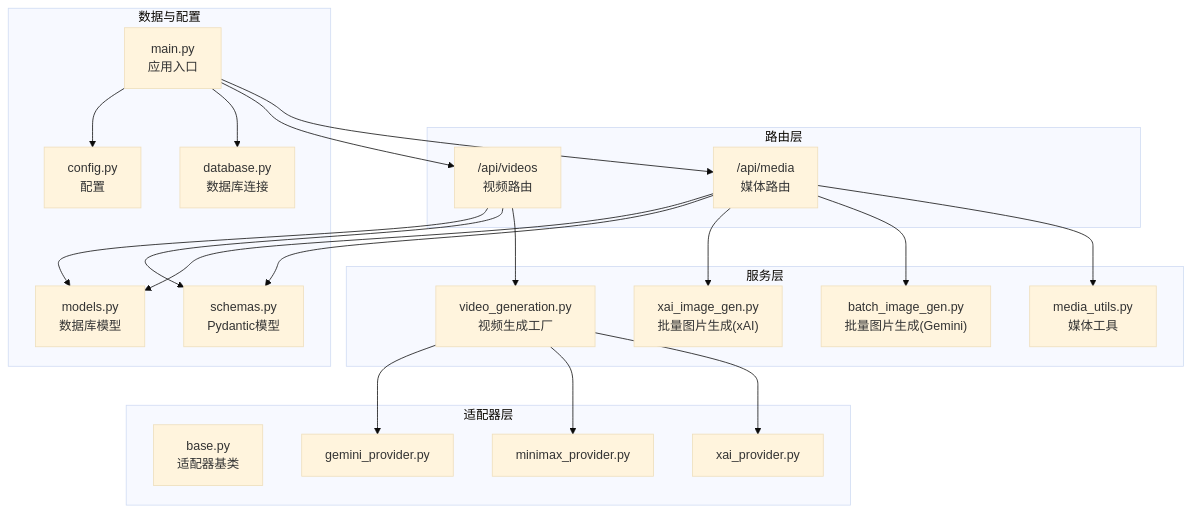
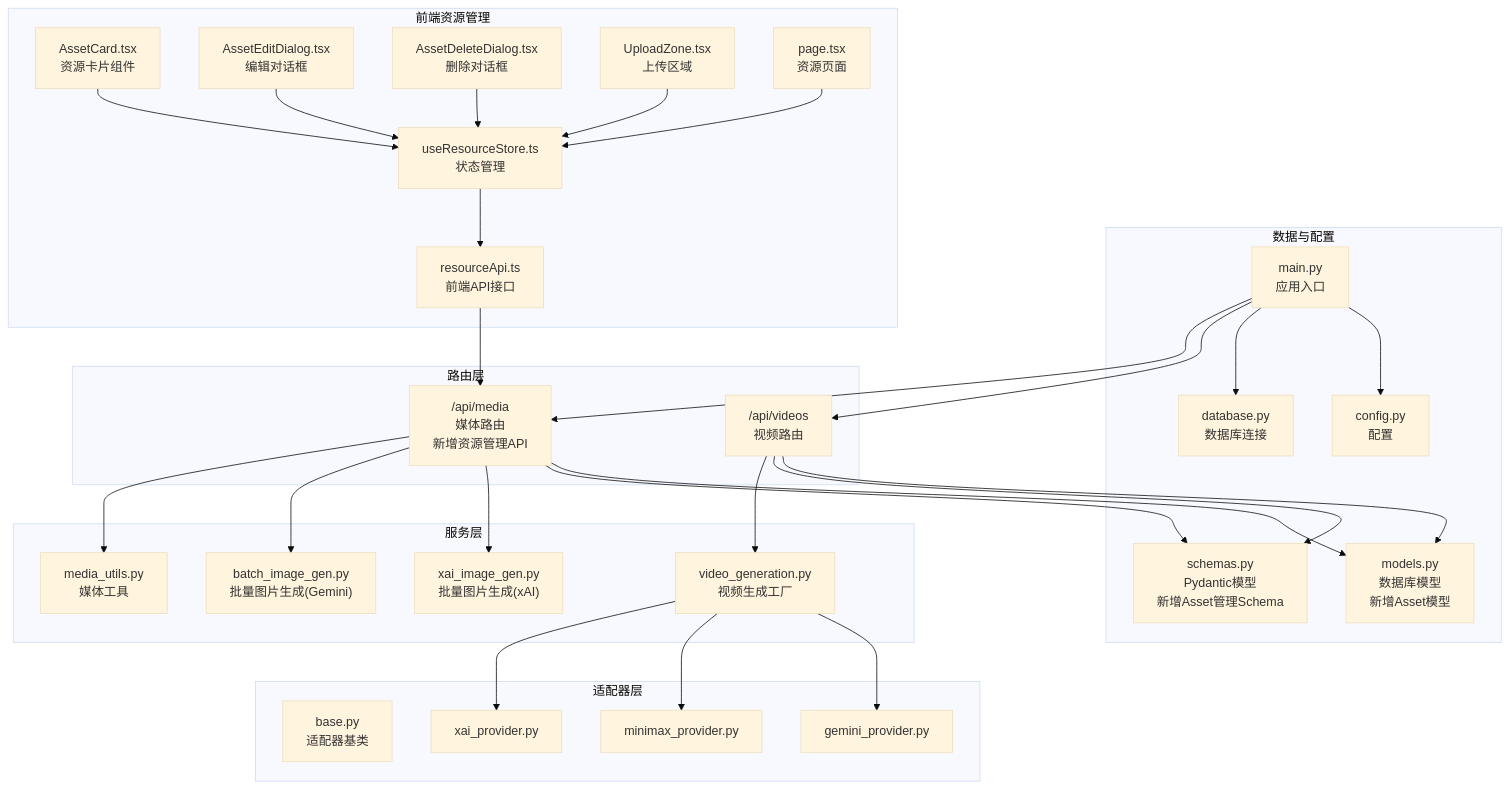
The first of 7 diagrams in .qoder/repowiki/zh/content/后端服务架构/API路由层/媒体处理路由.md (KunLabAI/KunFlix), drawn with Mermaid (base theme) before and after one commit. The commit also changed other lines of this file and 20 other files, not shown here.

````diff
--- a/.qoder/repowiki/zh/content/后端服务架构/API路由层/媒体处理路由.md
+++ b/.qoder/repowiki/zh/content/后端服务架构/API路由层/媒体处理路由.md
@@ -45,41 +61,57 @@
 ```mermaid
 graph TB
 subgraph "路由层"
-M["/api/media<br/>媒体路由"]
+M["/api/media<br/>媒体路由<br/>新增资源管理API"]
 V["/api/videos<br/>视频路由"]
 end
 subgraph "服务层"
 MU["media_utils.py<br/>媒体工具"]
 BIG["batch_image_gen.py<br/>批量图片生成(Gemini)"]
 XIG["xai_image_gen.py<br/>批量图片生成(xAI)"]
 VG["video_generation.py<br/>视频生成工厂"]
 end
 subgraph "适配器层"
 VB["base.py<br/>适配器基类"]
 VX["xai_provider.py"]
 VM["minimax_provider.py"]
 VGm["gemini_provider.py"]
 end
 subgraph "数据与配置"
-SCH["schemas.py<br/>Pydantic模型"]
-MOD["models.py<br/>数据库模型"]
+SCH["schemas.py<br/>Pydantic模型<br/>新增Asset管理Schema"]
+MOD["models.py<br/>数据库模型<br/>新增Asset模型"]
 CFG["config.py<br/>配置"]
 DB["database.py<br/>数据库连接"]
 APP["main.py<br/>应用入口"]
+end
+subgraph "前端资源管理"
+FR["resourceApi.ts<br/>前端API接口"]
+FS["useResourceStore.ts<br/>状态管理"]
+FC["AssetCard.tsx<br/>资源卡片组件"]
+FE["AssetEditDialog.tsx<br/>编辑对话框"]
+FD["AssetDeleteDialog.tsx<br/>删除对话框"]
+FU["UploadZone.tsx<br/>上传区域"]
+FP["page.tsx<br/>资源页面"]
 end
 M --> MU
 M --> BIG
 M --> XIG
 V --> VG
 VG --> VX
 VG --> VM
 VG --> VGm
 M --> SCH
 V --> SCH
 M --> MOD
 V --> MOD
 APP --> M
 APP --> V
 APP --> DB
 APP --> CFG
+FR --> M
+FS --> FR
+FC --> FS
+FE --> FS
+FD --> FS
+FU --> FS
+FP --> FS
 ```
````
